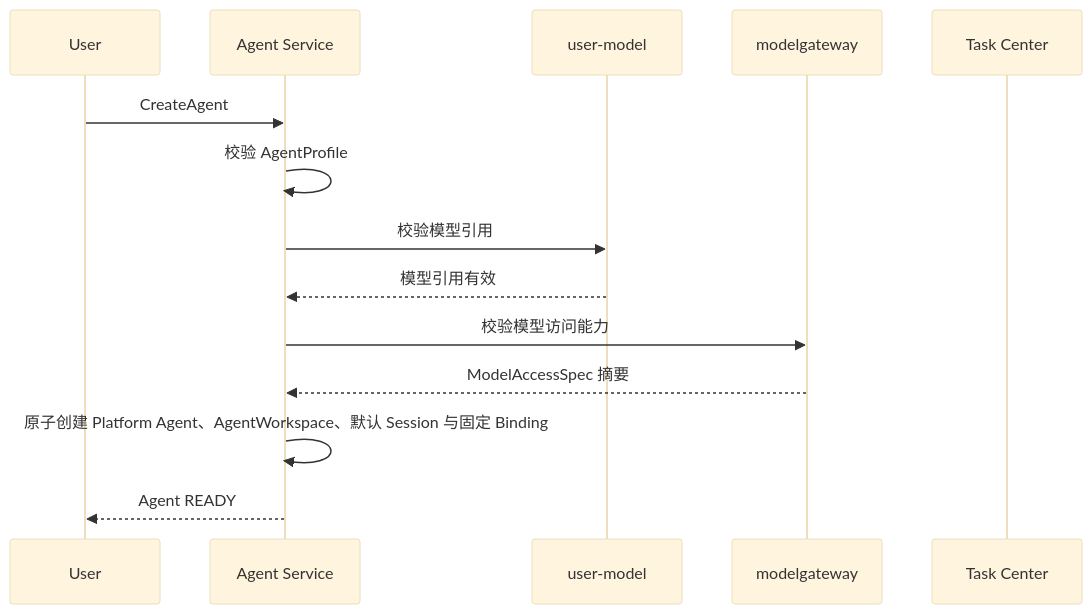
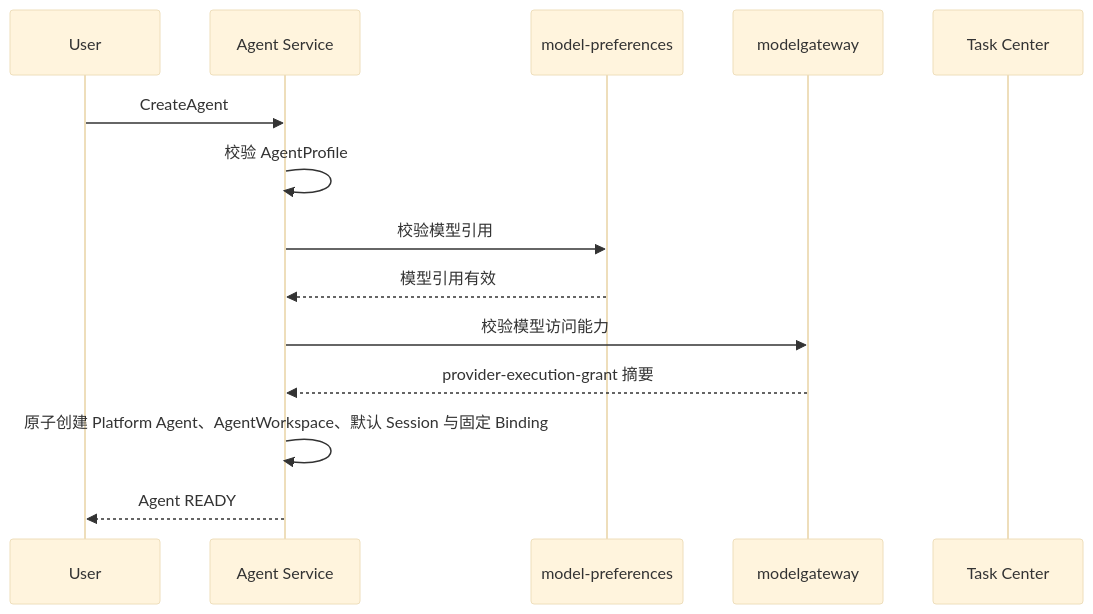
The fifth of 9 diagrams in 00_product/domains/agent/product-spec.md (wangweihong/omnimam-spec), drawn with Mermaid (base theme) before and after one commit. The commit also changed other lines of this file and 67 other files, not shown here.

Commit message:
spec: implement unified provider account architecture

````diff
--- a/00_product/domains/agent/product-spec.md
+++ b/00_product/domains/agent/product-spec.md
@@ -1194,20 +1192,20 @@
 ```mermaid
 sequenceDiagram
     participant U as User
     participant AS as Agent Service
-    participant MM as user-model
+    participant MM as model-preferences
     participant MG as modelgateway
     participant TC as Task Center
 
     U->>AS: CreateAgent
     AS->>AS: 校验 AgentProfile
 
     AS->>MM: 校验模型引用
     MM-->>AS: 模型引用有效
 
     AS->>MG: 校验模型访问能力
-    MG-->>AS: ModelAccessSpec 摘要
+    MG-->>AS: provider-execution-grant 摘要
 
     AS->>AS: 原子创建 Platform Agent、AgentWorkspace、默认 Session 与固定 Binding
     AS-->>U: Agent READY
 ```
````
